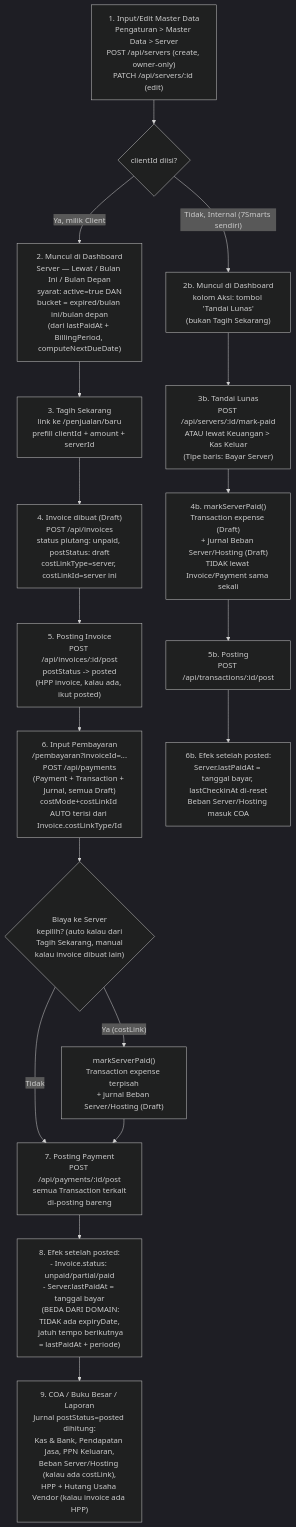
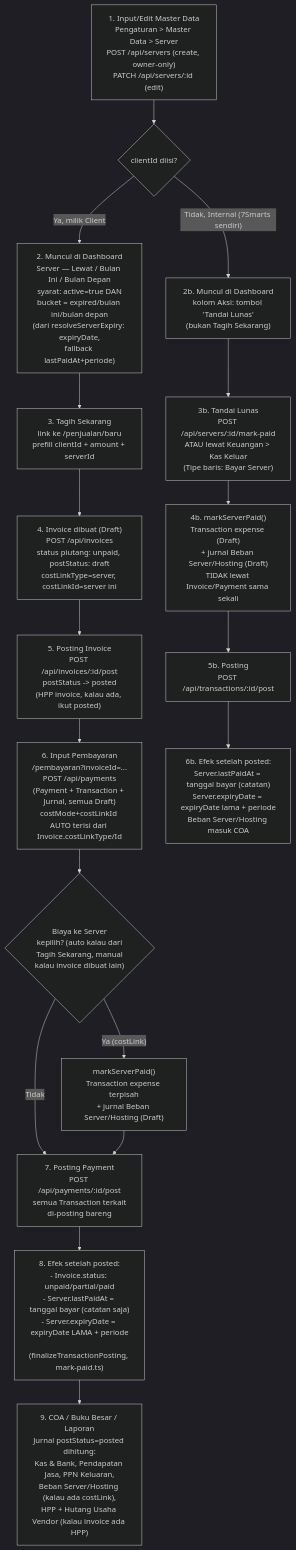
One commit to dewarisaptajayasri1579-beep/simple-system changed the diagram in Check-Flow-Server.MD. Above: the diagram before and after it, drawn with Mermaid (dark theme). The commit also changed other lines of this file and 35 other files, not shown here.

````diff
--- a/Check-Flow-Server.MD
+++ b/Check-Flow-Server.MD
@@ -10,22 +11,22 @@
 ```mermaid
 flowchart TD
   A["1. Input/Edit Master Data\nPengaturan > Master Data > Server\nPOST /api/servers (create, owner-only)\nPATCH /api/servers/:id (edit)"] --> B{clientId diisi?}
 
-  B -- "Ya, milik Client" --> C["2. Muncul di Dashboard\nServer — Lewat / Bulan Ini / Bulan Depan\nsyarat: active=true DAN\nbucket = expired/bulan ini/bulan depan\n(dari lastPaidAt + BillingPeriod, computeNextDueDate)"]
+  B -- "Ya, milik Client" --> C["2. Muncul di Dashboard\nServer — Lewat / Bulan Ini / Bulan Depan\nsyarat: active=true DAN\nbucket = expired/bulan ini/bulan depan\n(dari resolveServerExpiry: expiryDate,\nfallback lastPaidAt+periode)"]
   C --> D["3. Tagih Sekarang\nlink ke /penjualan/baru\nprefill clientId + amount + serverId"]
   D --> E["4. Invoice dibuat (Draft)\nPOST /api/invoices\nstatus piutang: unpaid, postStatus: draft\ncostLinkType=server, costLinkId=server ini"]
   E --> F["5. Posting Invoice\nPOST /api/invoices/:id/post\npostStatus -> posted\n(HPP invoice, kalau ada, ikut posted)"]
   F --> G["6. Input Pembayaran\n/pembayaran?invoiceId=...\nPOST /api/payments\n(Payment + Transaction + Jurnal, semua Draft)\ncostMode+costLinkId AUTO terisi dari Invoice.costLinkType/Id"]
   G --> G2{"Biaya ke Server\nkepilih? (auto kalau dari\nTagih Sekarang, manual\nkalau invoice dibuat lain)"}
   G2 -- "Ya (costLink)" --> G3["markServerPaid()\nTransaction expense terpisah\n+ jurnal Beban Server/Hosting (Draft)"]
   G2 -- "Tidak" --> H
   G3 --> H["7. Posting Payment\nPOST /api/payments/:id/post\nsemua Transaction terkait\ndi-posting bareng"]
-  H --> I["8. Efek setelah posted:\n- Invoice.status: unpaid/partial/paid\n- Server.lastPaidAt = tanggal bayar\n  (BEDA DARI DOMAIN: TIDAK ada expiryDate,\n  jatuh tempo berikutnya = lastPaidAt + periode)"]
+  H --> I["8. Efek setelah posted:\n- Invoice.status: unpaid/partial/paid\n- Server.lastPaidAt = tanggal bayar (catatan saja)\n- Server.expiryDate = expiryDate LAMA + periode\n  (finalizeTransactionPosting, mark-paid.ts)"]
   I --> J["9. COA / Buku Besar / Laporan\nJurnal postStatus=posted dihitung:\nKas & Bank, Pendapatan Jasa, PPN Keluaran,\nBeban Server/Hosting (kalau ada costLink),\nHPP + Hutang Usaha Vendor (kalau invoice ada HPP)"]
 
   B -- "Tidak, Internal (7Smarts sendiri)" --> K["2b. Muncul di Dashboard\nkolom Aksi: tombol 'Tandai Lunas'\n(bukan Tagih Sekarang)"]
   K --> L["3b. Tandai Lunas\nPOST /api/servers/:id/mark-paid\nATAU lewat Keuangan > Kas Keluar\n(Tipe baris: Bayar Server)"]
   L --> M["4b. markServerPaid()\nTransaction expense (Draft)\n+ jurnal Beban Server/Hosting (Draft)\nTIDAK lewat Invoice/Payment sama sekali"]
   M --> N["5b. Posting\nPOST /api/transactions/:id/post"]
-  N --> O["6b. Efek setelah posted:\nServer.lastPaidAt = tanggal bayar, lastCheckinAt di-reset\nBeban Server/Hosting masuk COA"]
+  N --> O["6b. Efek setelah posted:\nServer.lastPaidAt = tanggal bayar (catatan)\nServer.expiryDate = expiryDate lama + periode\nBeban Server/Hosting masuk COA"]
 ```
````
